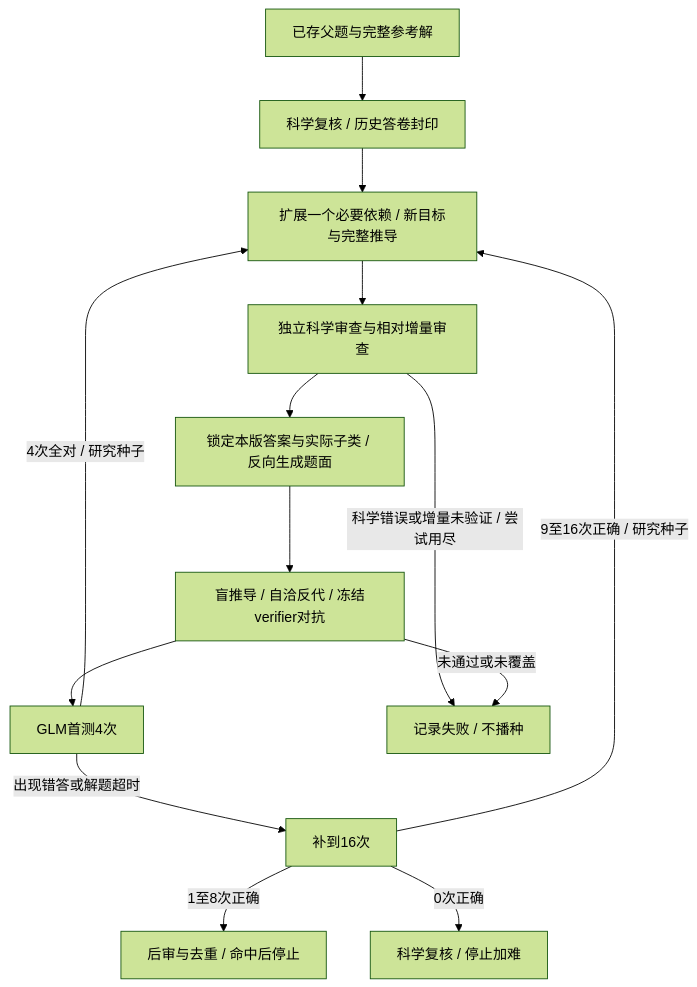
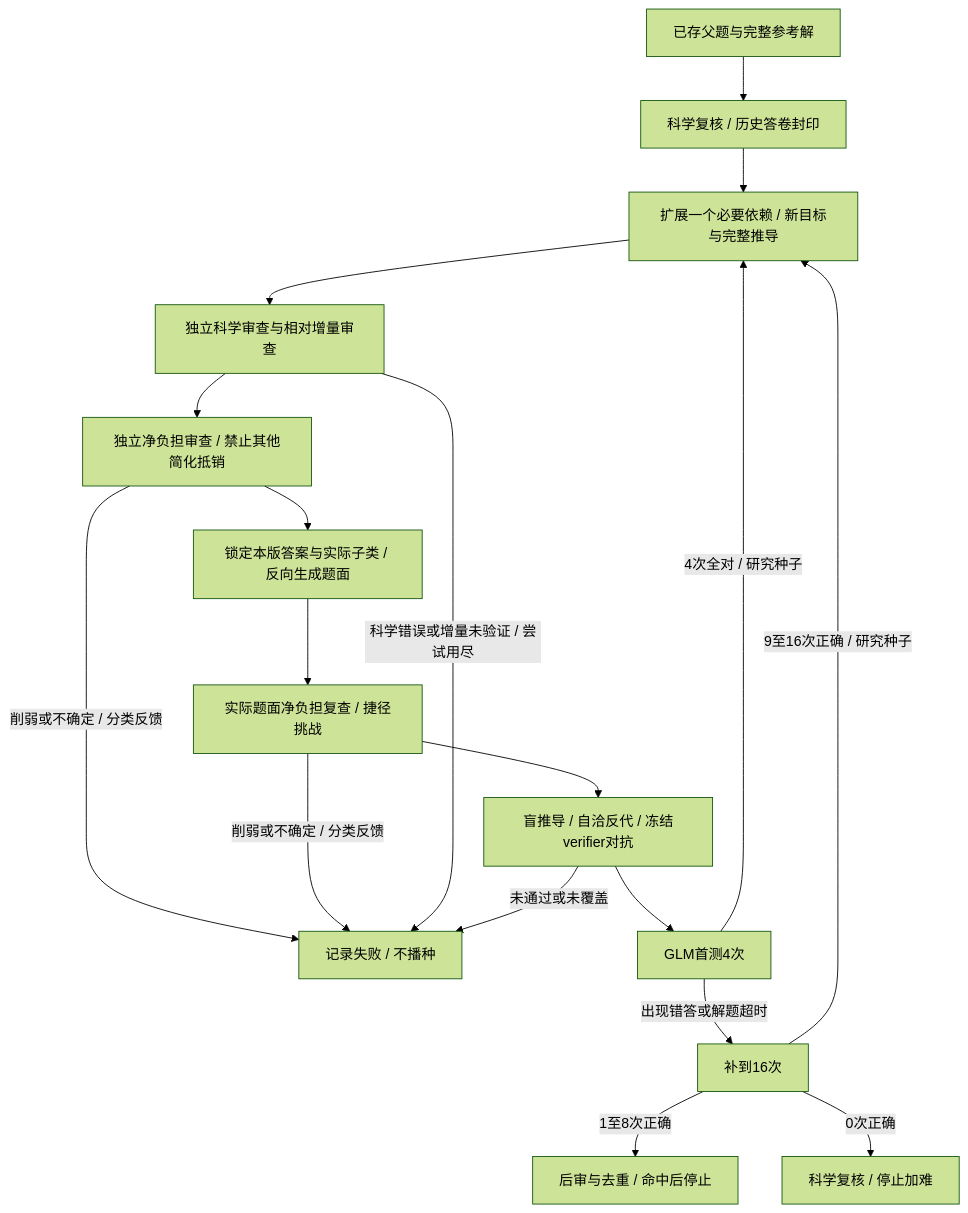
The diagram in docs/rst-curriculum.md (SoTALab-ai/rst-hle), drawn with Mermaid (forest theme) before and after one commit. The commit also changed other lines of this file and 10 other files, not shown here.

````diff
--- a/docs/rst-curriculum.md
+++ b/docs/rst-curriculum.md
@@ -9,16 +9,20 @@
 ```mermaid
 flowchart TD
     A[已存父题与完整参考解] --> B[科学复核 / 历史答卷封印]
     B --> C[扩展一个必要依赖 / 新目标与完整推导]
     C --> D[独立科学审查与相对增量审查]
-    D --> E[锁定本版答案与实际子类 / 反向生成题面]
-    E --> F[盲推导 / 自洽反代 / 冻结verifier对抗]
+    D --> D2[独立净负担审查 / 禁止其他简化抵销]
+    D2 --> E[锁定本版答案与实际子类 / 反向生成题面]
+    E --> E2[实际题面净负担复查 / 捷径挑战]
+    E2 --> F[盲推导 / 自洽反代 / 冻结verifier对抗]
+    D2 -->|削弱或不确定 / 分类反馈| K
+    E2 -->|削弱或不确定 / 分类反馈| K
     F --> G[GLM首测4次]
     G -->|4次全对 / 研究种子| C
     G -->|出现错答或解题超时| H[补到16次]
     H -->|9至16次正确 / 研究种子| C
     H -->|1至8次正确| I[后审与去重 / 命中后停止]
     H -->|0次正确| J[科学复核 / 停止加难]
     D -->|科学错误或增量未验证 / 尝试用尽| K[记录失败 / 不播种]
     F -->|未通过或未覆盖| K
 ```
````
